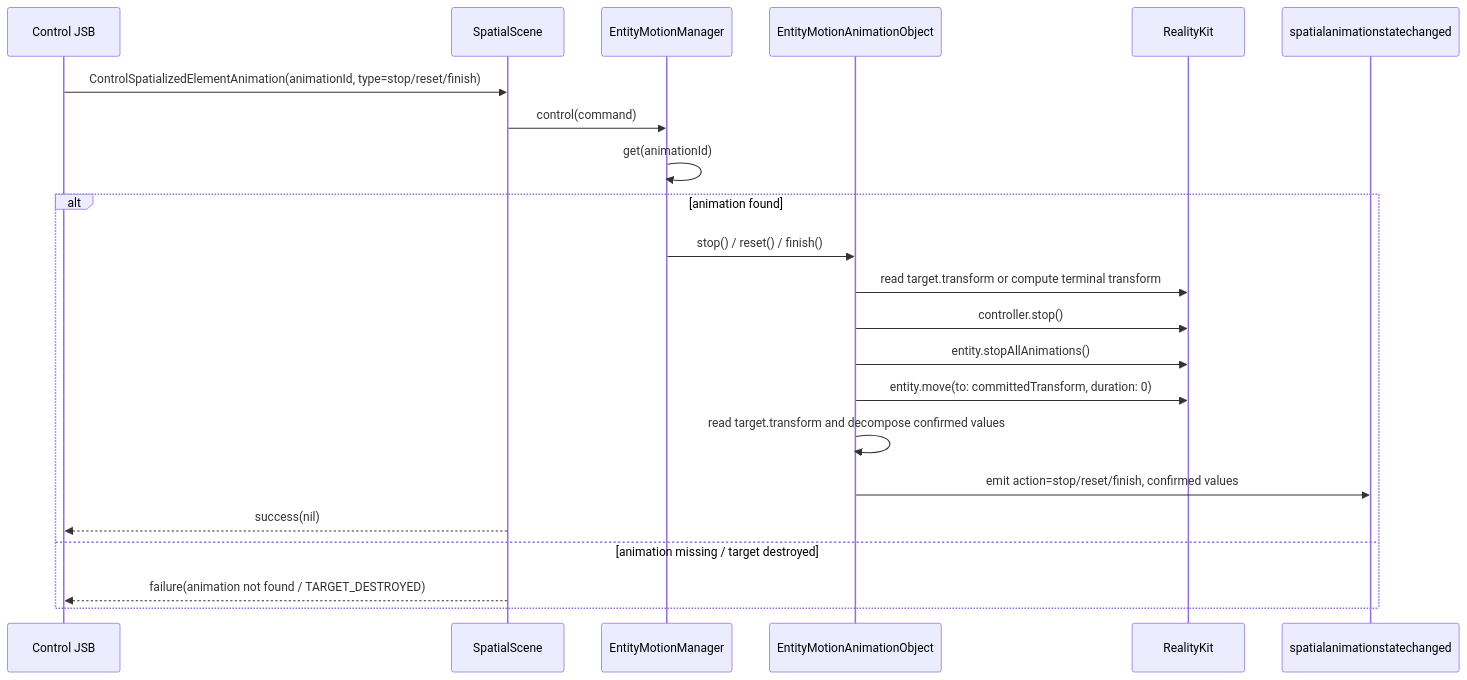
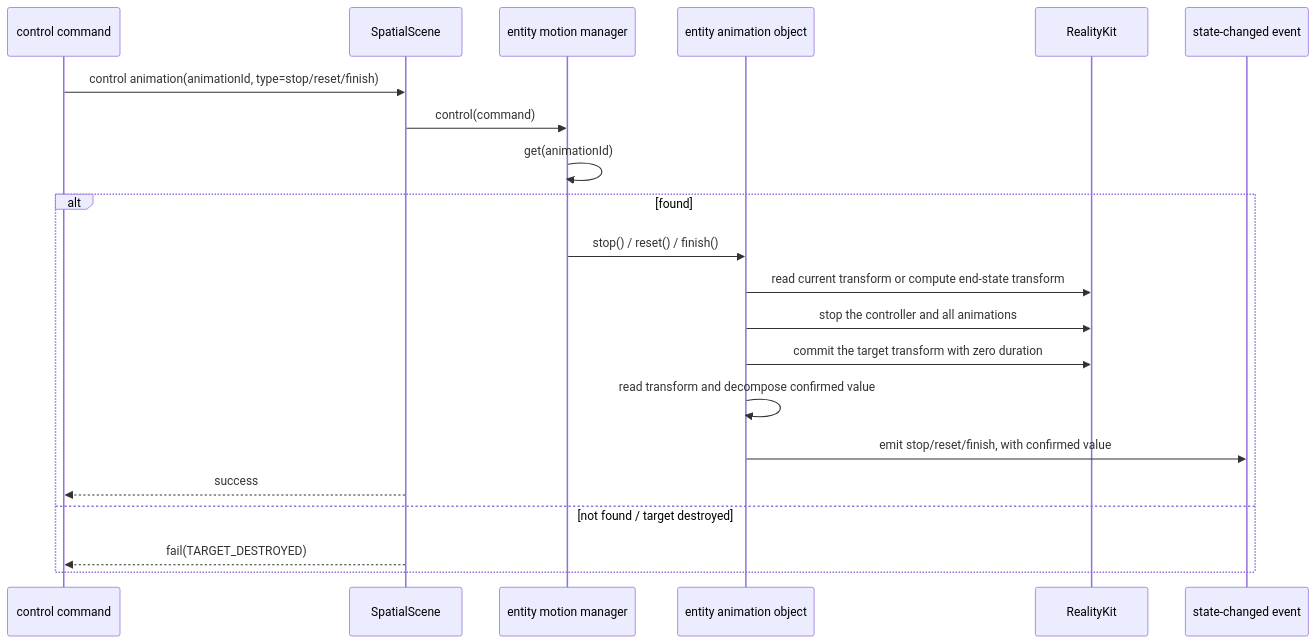
One commit to webspatial/webspatial-sdk changed the tenth of 11 diagrams in openspec/changes/redesign-entity-motion-api/design.md. Above: the diagram before and after it, drawn with Mermaid. The commit also changed other lines of this file and 7 other files, not shown here.

````diff
--- a/openspec/changes/redesign-entity-motion-api/design.md
+++ b/openspec/changes/redesign-entity-motion-api/design.md
@@ -758,25 +928,24 @@
 ```mermaid
 sequenceDiagram
-    participant JSB as Control JSB
+    participant JSB as control command
     participant Scene as SpatialScene
-    participant Manager as EntityMotionManager
-    participant Obj as EntityMotionAnimationObject
+    participant Manager as entity motion manager
+    participant Obj as entity animation object
     participant RK as RealityKit
-    participant Event as spatialanimationstatechanged
+    participant Event as state-changed event
 
-    JSB->>Scene: ControlSpatializedElementAnimation(animationId, type=stop/reset/finish)
+    JSB->>Scene: control animation(animationId, type=stop/reset/finish)
     Scene->>Manager: control(command)
     Manager->>Manager: get(animationId)
-    alt animation found
+    alt found
         Manager->>Obj: stop() / reset() / finish()
-        Obj->>RK: read target.transform or compute terminal transform
-        Obj->>RK: controller.stop()
-        Obj->>RK: entity.stopAllAnimations()
-        Obj->>RK: entity.move(to: committedTransform, duration: 0)
-        Obj->>Obj: read target.transform and decompose confirmed values
-        Obj->>Event: emit action=stop/reset/finish, confirmed values
-        Scene-->>JSB: success(nil)
-    else animation missing / target destroyed
-        Scene-->>JSB: failure(animation not found / TARGET_DESTROYED)
+        Obj->>RK: read current transform or compute end-state transform
+        Obj->>RK: stop the controller and all animations
+        Obj->>RK: commit the target transform with zero duration
+        Obj->>Obj: read transform and decompose confirmed value
+        Obj->>Event: emit stop/reset/finish, with confirmed value
+        Scene-->>JSB: success
+    else not found / target destroyed
+        Scene-->>JSB: fail(TARGET_DESTROYED)
     end
 ```
````
